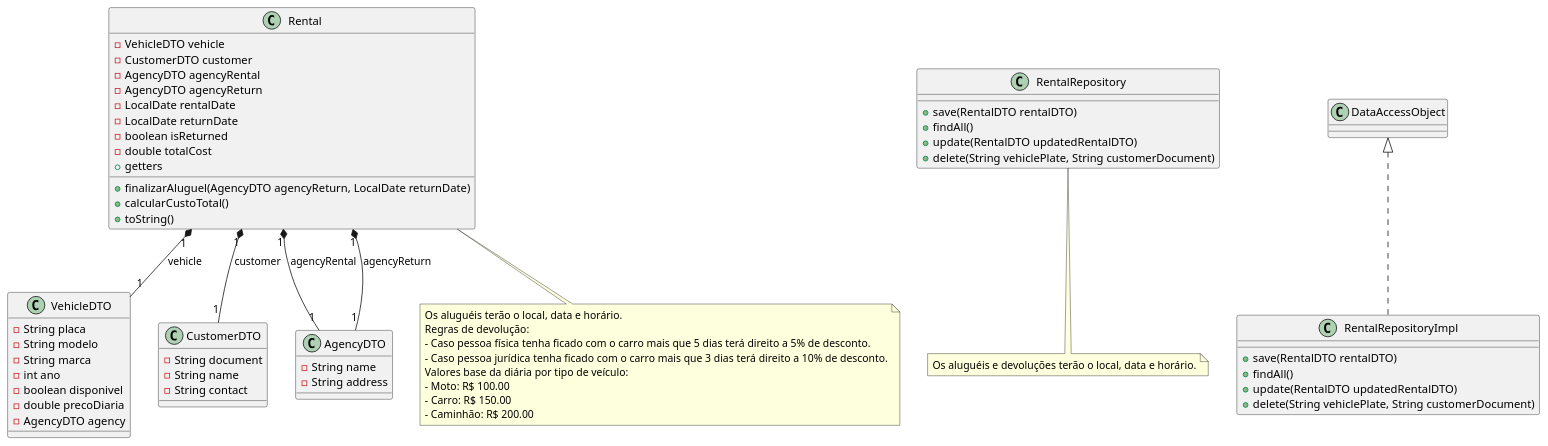
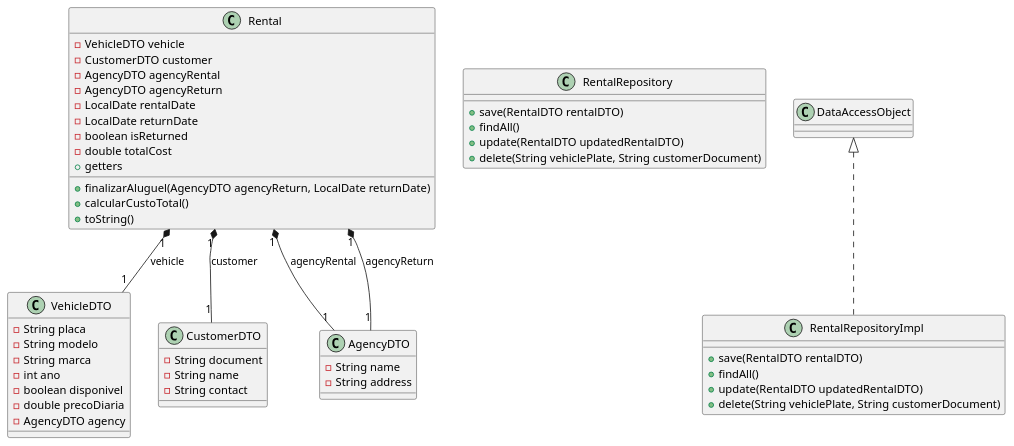
Before and after one commit to Team-1-Santander-Coders/LocadoraTeam1: the diagram in infos/Diagrams/Alugueis.puml, drawn with PlantUML. The commit also changed 6 other files, not shown here.

Commit message:
docs: update class diagrams

```diff
--- a/infos/Diagrams/Alugueis.puml
+++ b/infos/Diagrams/Alugueis.puml
@@ -1,65 +1,58 @@
 @startuml
 class Rental {
     -VehicleDTO vehicle
     -CustomerDTO customer
     -AgencyDTO agencyRental
     -AgencyDTO agencyReturn
     -LocalDate rentalDate
     -LocalDate returnDate
     -boolean isReturned
     -double totalCost
     +finalizarAluguel(AgencyDTO agencyReturn, LocalDate returnDate)
     +calcularCustoTotal()
     +toString()
     +getters
 }
 
 class RentalRepository {
     +save(RentalDTO rentalDTO)
     +findAll()
     +update(RentalDTO updatedRentalDTO)
     +delete(String vehiclePlate, String customerDocument)
 }
 
 class RentalRepositoryImpl {
     +save(RentalDTO rentalDTO)
     +findAll()
     +update(RentalDTO updatedRentalDTO)
     +delete(String vehiclePlate, String customerDocument)
 }
 
 class VehicleDTO {
     -String placa
     -String modelo
     -String marca
     -int ano
     -boolean disponivel
     -double precoDiaria
     -AgencyDTO agency
 }
 
 class CustomerDTO {
     -String document
     -String name
     -String contact
 }
 
 class AgencyDTO {
     -String name
     -String address
 }
 
 DataAccessObject <|.. RentalRepositoryImpl
 
 Rental "1" *-- "1" VehicleDTO : vehicle
 Rental "1" *-- "1" CustomerDTO : customer
 Rental "1" *-- "1" AgencyDTO : agencyRental
 Rental "1" *-- "1" AgencyDTO : agencyReturn
-
-note "Os aluguéis terão o local, data e horário.\nRegras de devolução:\n- Caso pessoa física tenha ficado com o carro mais que 5 dias terá direito a 5% de desconto.\n- Caso pessoa jurídica tenha ficado com o carro mais que 3 dias terá direito a 10% de desconto.\nValores base da diária por tipo de veículo:\n- Moto: R$ 100.00\n- Carro: R$ 150.00\n- Caminhão: R$ 200.00" as N1
-Rental .. N1
-
-note "Os aluguéis e devoluções terão o local, data e horário." as N2
-RentalRepository .. N2
-
 @enduml
```
